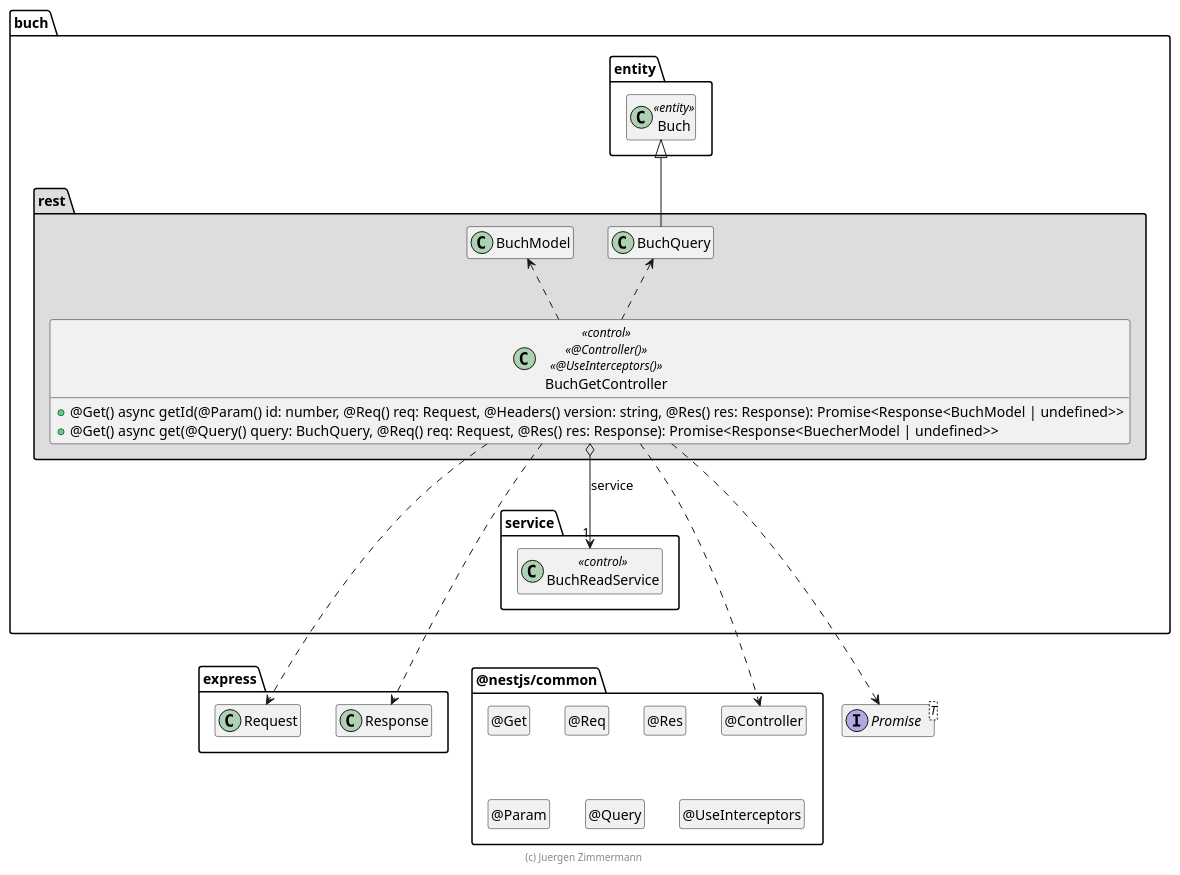
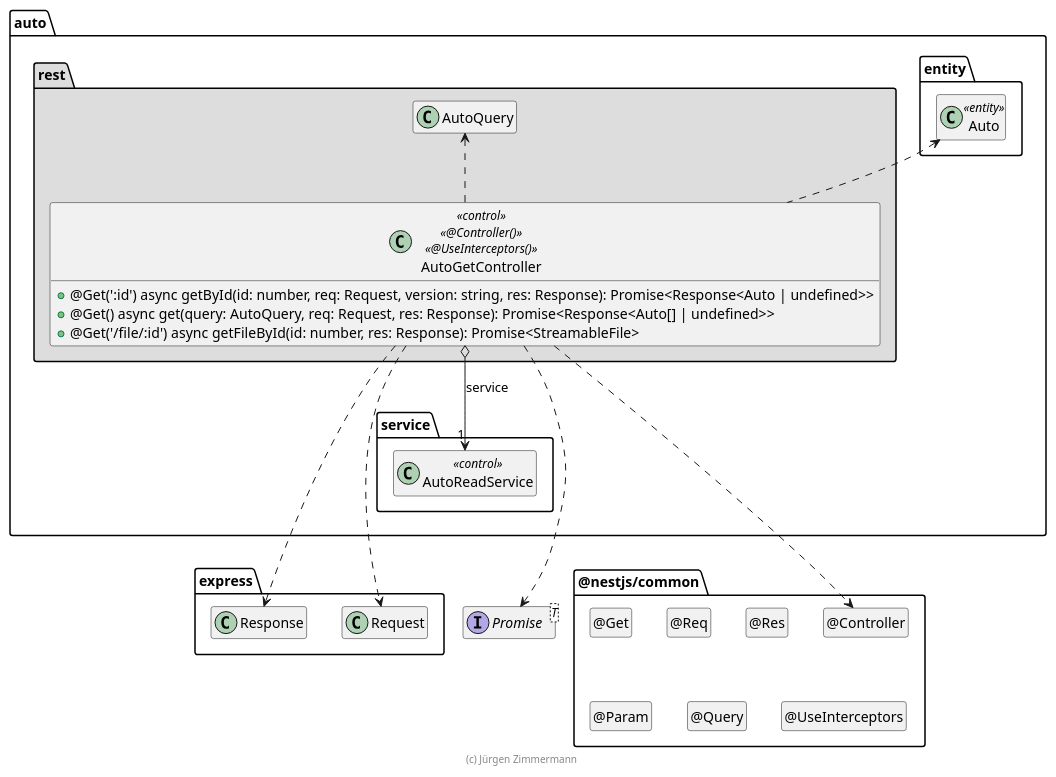
Before and after one commit to Philipp3857/auto-1: the diagram in .extras/doc/projekthandbuch/BuchGetController.plantuml, drawn with PlantUML. The commit also changed other lines of this file and 13 other files, not shown here.

Commit message:
Plant-UML

```diff
--- a/.extras/doc/projekthandbuch/BuchGetController.plantuml
+++ b/.extras/doc/projekthandbuch/BuchGetController.plantuml
@@ -18,74 +1,72 @@
 @startuml Controller-Klasse
 
 interface Promise<T>
 
 package @nestjs/common {
   class "@Controller" as Controller
   hide Controller circle
 
   class "@Get" as Get
   hide Get circle
 
   class "@Req" as Req
   hide Req circle
 
   class "@Res" as Res
   hide Res circle
 
   class "@Param" as Param
   hide Param circle
 
   class "@Query" as Query
   hide Query circle
 
   class "@UseInterceptors" as UseInterceptors
   hide UseInterceptors circle
 }
 
 package express {
   class Request
   class Response
 
   Response .[hidden].> Controller
 }
 
-package buch {
+package auto {
   package entity #FFFFFF {
-    class Buch <<entity>>
-
-    Buch .[hidden].> Promise
-    Buch .[hidden].> Request
+    class Auto <<entity>>
   }
 
   package service {
-    class BuchReadService << control >>
+    class AutoReadService << control >>
   }
 
   package rest #DDDDDD {
-    BuchQuery -up-|> Buch
+    class AutoQuery
 
-    class BuchGetController << control >> << @Controller() >> << @UseInterceptors() >> {
-      + @Get() async getId(@Param() id: number, @Req() req: Request, @Headers() version: string, @Res() res: Response): Promise<Response<BuchModel | undefined>>
-      + @Get() async get(@Query() query: BuchQuery, @Req() req: Request,  @Res() res: Response): Promise<Response<BuecherModel | undefined>>
+    class AutoGetController <<control>> <<@Controller()>> <<@UseInterceptors()>> {
+      + @Get(':id') async getById(id: number, req: Request, version: string, res: Response): Promise<Response<Auto | undefined>>
+      + @Get() async get(query: AutoQuery, req: Request, res: Response): Promise<Response<Auto[] | undefined>>
+      + @Get('/file/:id') async getFileById(id: number, res: Response): Promise<StreamableFile>
     }
 
-    BuchGetController o--> "1" BuchReadService : service
+    AutoGetController o--> "1" AutoReadService : service
 
-    BuchGetController ..> Controller
-    BuchGetController ..> Request
-    BuchGetController ..> Response
-    BuchGetController ..> Promise
-    BuchGetController .up.> BuchModel
-    BuchGetController .up.> BuchQuery
+    AutoGetController ..> Controller
+    AutoGetController ..> Request
+    AutoGetController ..> Response
+    AutoGetController ..> Promise
+    AutoGetController .up.> Auto
+    AutoGetController .up.> AutoQuery
 
-    BuchReadService .[hidden].> Request
-    BuchReadService .[hidden].> Promise
+    AutoReadService .[hidden].> Request
+    AutoReadService .[hidden].> Promise
     Response .right[hidden].> Controller
   }
 }
 
 hide empty members
 
-footer (c) Juergen Zimmermann
+footer (c) Jürgen Zimmermann
 
 @enduml
```
